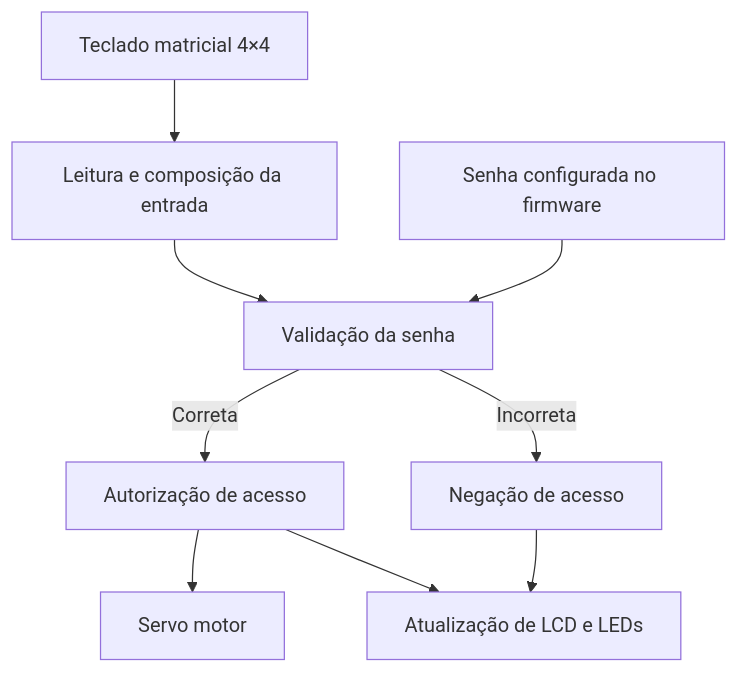
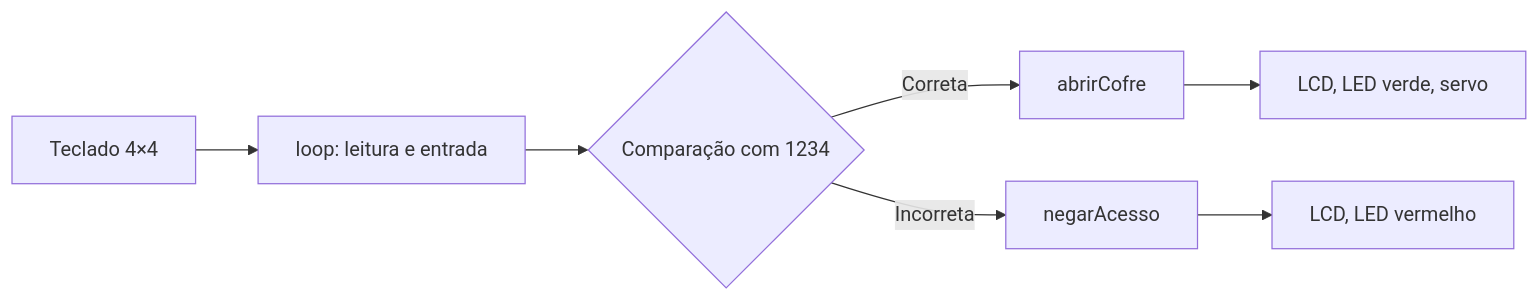
Before and after one commit to leticiarq/cybervault-embedded-security-lab: the diagram in firmware/architecture.md, drawn with Mermaid. The commit also changed other lines of this file and 3 other files, not shown here.

Commit message:
docs: document firmware architecture and security limitations

````diff
--- a/firmware/architecture.md
+++ b/firmware/architecture.md
@@ -7,11 +7,9 @@
 ```mermaid
-flowchart TD
-    K[Teclado matricial 4×4] --> I[Leitura e composição da entrada]
-    I --> V[Validação da senha]
-    P[Senha configurada no firmware] --> V
-    V -->|Correta| A[Autorização de acesso]
-    V -->|Incorreta| N[Negação de acesso]
-    A --> S[Servo motor]
-    A --> O[Atualização de LCD e LEDs]
-    N --> O
+flowchart LR
+    K[Teclado 4×4] --> L[loop: leitura e entrada]
+    L --> C{Comparação com 1234}
+    C -->|Correta| A[abrirCofre]
+    C -->|Incorreta| N[negarAcesso]
+    A --> O[LCD, LED verde, servo]
+    N --> R[LCD, LED vermelho]
 ```
````
